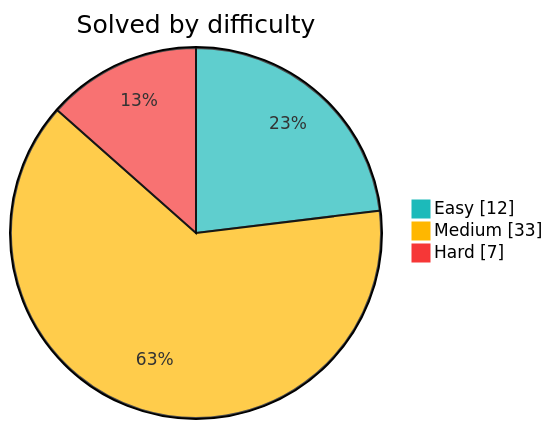
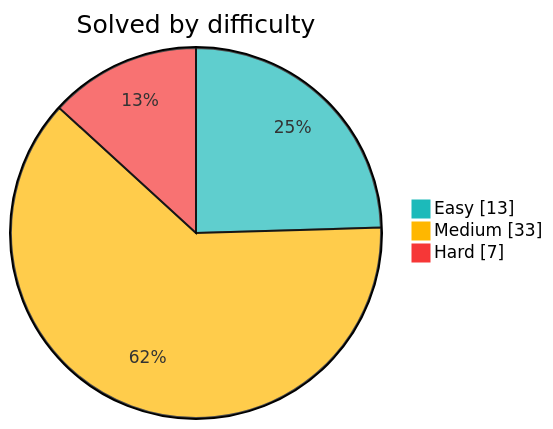
The diagram in README.md (Sekler09/algorithms), drawn with Mermaid before and after one commit. The commit also changed other lines of this file and 3 other files, not shown here.

````diff
--- a/README.md
+++ b/README.md
@@ -9,8 +9,8 @@
 ```mermaid
 %%{init: {"themeVariables": {"pie1": "#1cbaba", "pie2": "#ffb700", "pie3": "#f63737"}}}%%
 pie showData
     title Solved by difficulty
-    "Easy" : 12
+    "Easy" : 13
     "Medium" : 33
     "Hard" : 7
 ```
````
